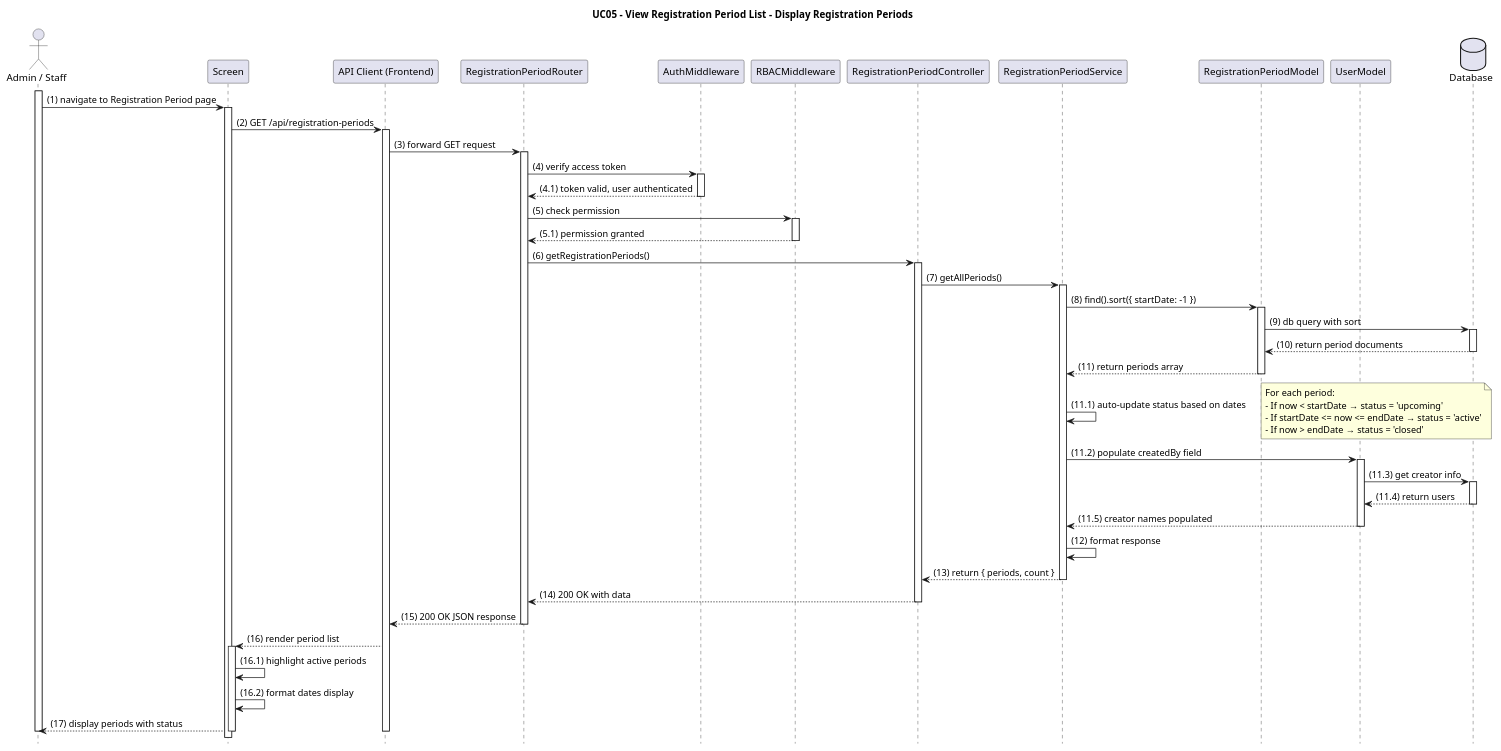
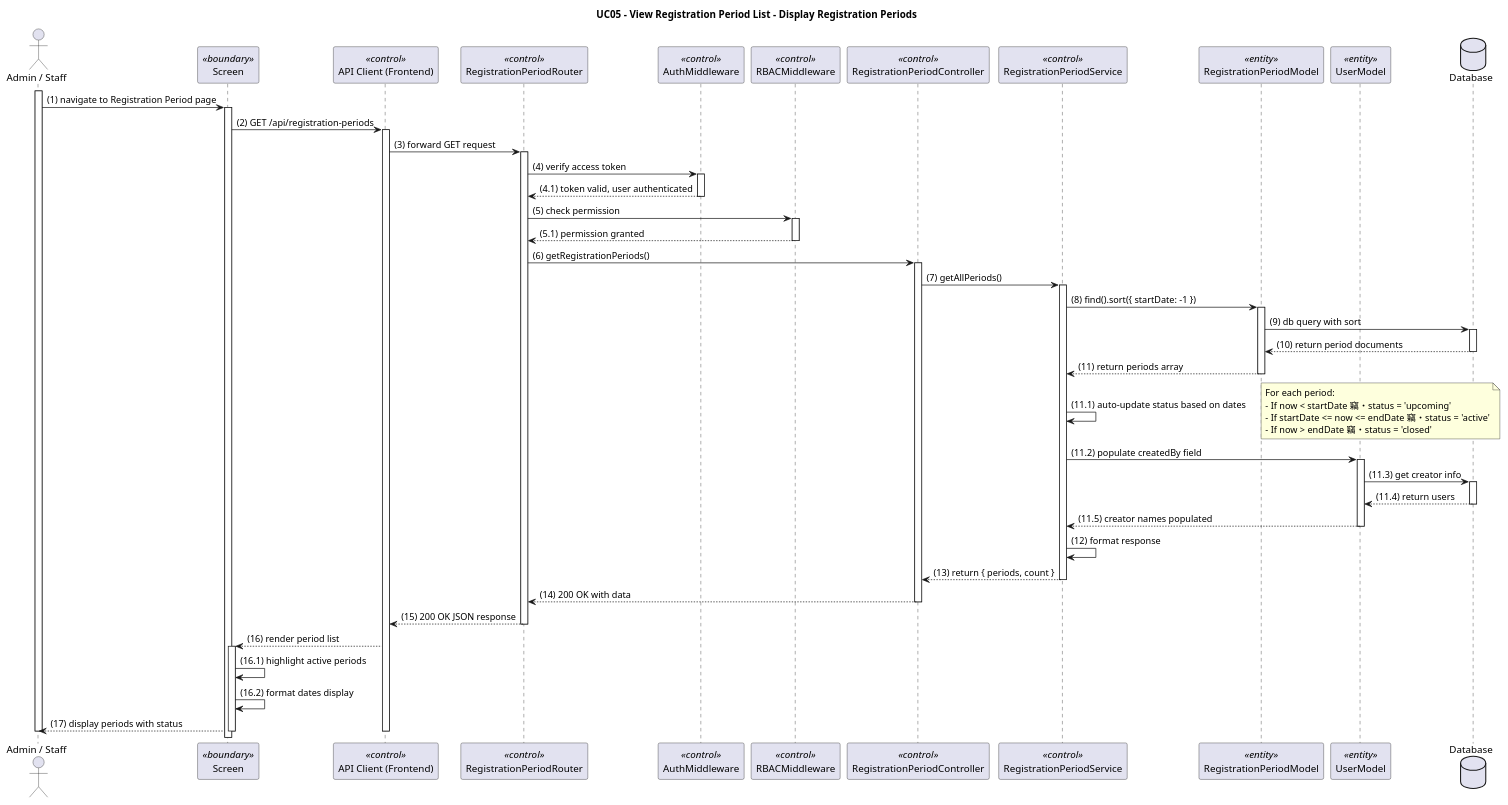
The diagram in backend-api/diagrams/UC05_View_Registration_Period_List.puml (oanhntkce181400-poon/WDP391_SE1808_Group02_SSMS), drawn with PlantUML before and after one commit. The commit also changed 38 other files, not shown here.

Commit message:
feat: stabilize enrollment, lecturer, and schedule flows

```diff
--- a/backend-api/diagrams/UC05_View_Registration_Period_List.puml
+++ b/backend-api/diagrams/UC05_View_Registration_Period_List.puml
@@ -1,85 +1,84 @@
 @startuml
 title UC05 - View Registration Period List - Display Registration Periods
 
-hide footbox
-
-actor PrimaryActor as "Admin / Staff"
-participant Screen as "Screen"
-participant APIClient as "API Client (Frontend)"
-participant RegPeriodRouter as "RegistrationPeriodRouter"
-participant AuthMiddleware as "AuthMiddleware"
-participant RBACMiddleware as "RBACMiddleware"
-participant RegPeriodController as "RegistrationPeriodController"
-participant RegPeriodService as "RegistrationPeriodService"
-participant RegPeriodModel as "RegistrationPeriodModel"
-participant UserModel as "UserModel"
-database DB as "Database"
-
+skinparam participantStyle rectangle
+skinparam shadowing false
+actor "Admin / Staff" as PrimaryActor
+participant "Screen" as Screen <<boundary>>
+participant "API Client (Frontend)" as APIClient <<control>>
+participant "RegistrationPeriodRouter" as RegPeriodRouter <<control>>
+participant "AuthMiddleware" as AuthMiddleware <<control>>
+participant "RBACMiddleware" as RBACMiddleware <<control>>
+participant "RegistrationPeriodController" as RegPeriodController <<control>>
+participant "RegistrationPeriodService" as RegPeriodService <<control>>
+participant "RegistrationPeriodModel" as RegPeriodModel <<entity>>
+participant "UserModel" as UserModel <<entity>>
+database "Database" as DB
 activate PrimaryActor
 PrimaryActor -> Screen: (1) navigate to Registration Period page
 activate Screen
 
 Screen -> APIClient: (2) GET /api/registration-periods
 activate APIClient
 APIClient -> RegPeriodRouter: (3) forward GET request
 activate RegPeriodRouter
 
 RegPeriodRouter -> AuthMiddleware: (4) verify access token
 activate AuthMiddleware
 AuthMiddleware --> RegPeriodRouter: (4.1) token valid, user authenticated
 deactivate AuthMiddleware
 
 RegPeriodRouter -> RBACMiddleware: (5) check permission
 activate RBACMiddleware
 RBACMiddleware --> RegPeriodRouter: (5.1) permission granted
 deactivate RBACMiddleware
 
 RegPeriodRouter -> RegPeriodController: (6) getRegistrationPeriods()
 activate RegPeriodController
 RegPeriodController -> RegPeriodService: (7) getAllPeriods()
 activate RegPeriodService
 
 RegPeriodService -> RegPeriodModel: (8) find().sort({ startDate: -1 })
 activate RegPeriodModel
 RegPeriodModel -> DB: (9) db query with sort
 activate DB
 DB --> RegPeriodModel: (10) return period documents
 deactivate DB
 RegPeriodModel --> RegPeriodService: (11) return periods array
 deactivate RegPeriodModel
 
 RegPeriodService -> RegPeriodService: (11.1) auto-update status based on dates
 note right
   For each period:
-  - If now < startDate → status = 'upcoming'
-  - If startDate <= now <= endDate → status = 'active'
-  - If now > endDate → status = 'closed'
+  - If now < startDate 竊・status = 'upcoming'
+  - If startDate <= now <= endDate 竊・status = 'active'
+  - If now > endDate 竊・status = 'closed'
 end note
 
 RegPeriodService -> UserModel: (11.2) populate createdBy field
 activate UserModel
 UserModel -> DB: (11.3) get creator info
 activate DB
 DB --> UserModel: (11.4) return users
 deactivate DB
 UserModel --> RegPeriodService: (11.5) creator names populated
 deactivate UserModel
 
 RegPeriodService -> RegPeriodService: (12) format response
 RegPeriodService --> RegPeriodController: (13) return { periods, count }
 deactivate RegPeriodService
 
 RegPeriodController --> RegPeriodRouter: (14) 200 OK with data
 deactivate RegPeriodController
 RegPeriodRouter --> APIClient: (15) 200 OK JSON response
 deactivate RegPeriodRouter
 APIClient --> Screen: (16) render period list
 activate Screen
 Screen -> Screen: (16.1) highlight active periods
 Screen -> Screen: (16.2) format dates display
 Screen --> PrimaryActor: (17) display periods with status
 deactivate Screen
 deactivate APIClient
 deactivate PrimaryActor
 
 @enduml
```
